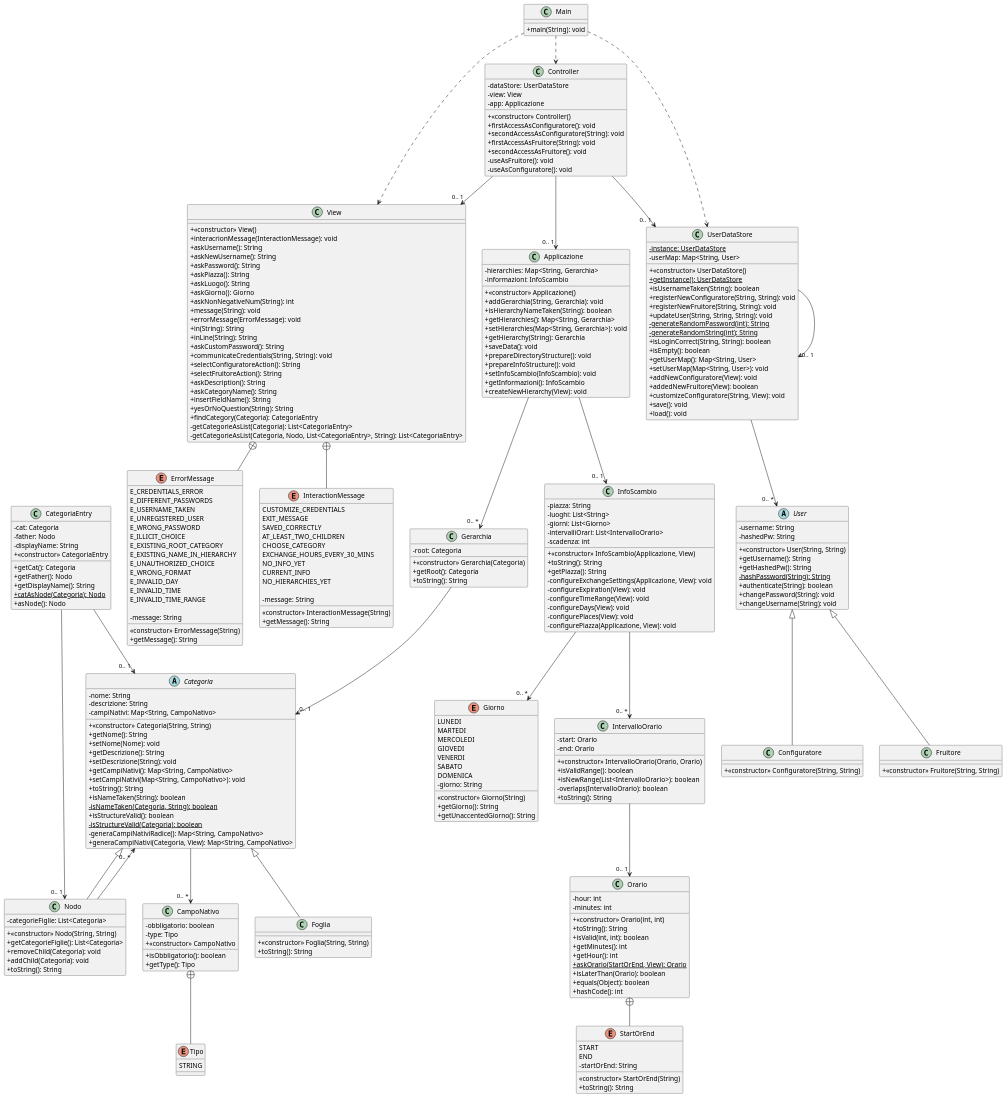
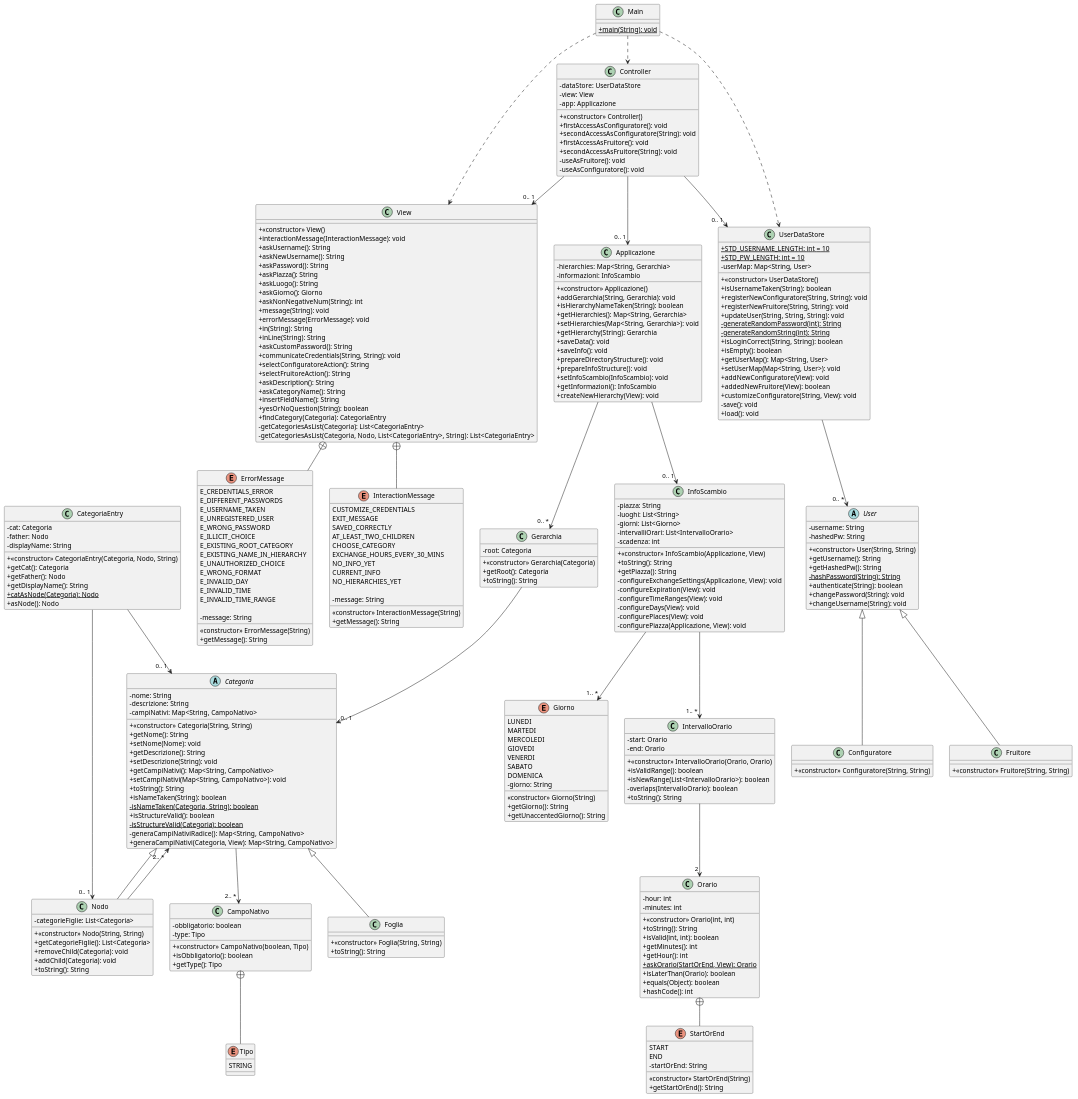
One commit to eletoo/inge_del_software changed the diagram in doc/uml/version2/puml/Partial class diagram-Version2.0.puml. Above: the diagram before and after it, drawn with PlantUML. The commit also changed 76 other files, not shown here.

```diff
--- a/doc/uml/version2/puml/Partial class diagram-Version2.0.puml
+++ b/doc/uml/version2/puml/Partial class diagram-Version2.0.puml
@@ -11,6 +11,7 @@
 + setHierarchies(Map<String, Gerarchia>): void
 + getHierarchy(String): Gerarchia
 + saveData(): void
++ saveInfo(): void
 + prepareDirectoryStructure(): void
 + prepareInfoStructure(): void
 + setInfoScambio(InfoScambio): void
@@ -21,7 +22,7 @@
 class CampoNativo{
 - obbligatorio: boolean
 - type: Tipo
-+ <<constructor>> CampoNativo
++ <<constructor>> CampoNativo(boolean, Tipo)
 + isObbligatorio(): boolean
 + getType(): Tipo
 }
@@ -82,7 +83,7 @@
 + getPiazza(): String
 - configureExchangeSettings(Applicazione, View): void
 - configureExpiration(View): void
-- configureTimeRange(View): void
+- configureTimeRanges(View): void
 - configureDays(View): void
 - configurePlaces(View): void
 - configurePiazza(Applicazione, View): void
@@ -122,7 +123,7 @@
 - cat: Categoria
 - father: Nodo
 - displayName: String
-+ <<constructor>> CategoriaEntry
++ <<constructor>> CategoriaEntry(Categoria, Nodo, String)
 + getCat(): Categoria
 + getFather(): Nodo
 + getDisplayName(): String
@@ -163,12 +164,12 @@
 END
 - startOrEnd: String
 <<constructor>> StartOrEnd(String)
-+ toString(): String
++ getStartOrEnd(): String
 }
 
 class View{
 + <<constructor>> View()
-+ interacrionMessage(InteractionMessage): void
++ interactionMessage(InteractionMessage): void
 + askUsername(): String
 + askNewUsername(): String
 + askPassword(): String
@@ -187,10 +188,10 @@
 + askDescription(): String
 + askCategoryName(): String
 + insertFieldName(): String
-+ yesOrNoQuestion(String): String
++ yesOrNoQuestion(String): boolean
 + findCategory(Categoria): CategoriaEntry
-- getCategorieAsList(Categoria): List<CategoriaEntry>
-- getCategorieAsList(Categoria, Nodo, List<CategoriaEntry>, String): List<CategoriaEntry>
+- getCategoriesAsList(Categoria): List<CategoriaEntry>
+- getCategoriesAsList(Categoria, Nodo, List<CategoriaEntry>, String): List<CategoriaEntry>
 }
 
 enum ErrorMessage{
@@ -230,10 +231,10 @@
 }
 
 class UserDataStore{
-- {static}instance: UserDataStore
++ {static}STD_USERNAME_LENGTH: int = 10
++ {static}STD_PW_LENGTH: int = 10
 - userMap: Map<String, User>
 + <<constructor>> UserDataStore()
-+ {static}getInstance(): UserDataStore
 + isUsernameTaken(String): boolean
 + registerNewConfiguratore(String, String): void
 + registerNewFruitore(String, String): void
@@ -247,7 +248,7 @@
 + addNewConfiguratore(View): void
 + addedNewFruitore(View): boolean
 + customizeConfiguratore(String, View): void
-+ save(): void
+- save(): void
 + load(): void
 }
 
@@ -258,20 +259,21 @@
 + <<constructor>> Controller()
 + firstAccessAsConfiguratore(): void
 + secondAccessAsConfiguratore(String): void
-+ firstAccessAsFruitore(String): void
-+ secondAccessAsFruitore(): void
++ firstAccessAsFruitore(): void
++ secondAccessAsFruitore(String): void
 - useAsFruitore(): void
 - useAsConfiguratore(): void
 }
 
 class Main{
-+ main(String): void
++ {static}main(String): void
 }
 
 CampoNativo +-- Tipo
 View +-- InteractionMessage
 View +-- ErrorMessage
 Orario +-- StartOrEnd
+
 Main ..> View
 Main ..> Controller
 Main ..> UserDataStore
@@ -279,21 +281,19 @@
 Controller --> "0.. 1 " UserDataStore
 Controller --> "0.. 1 " View
 Controller --> "0.. 1 " Applicazione
-UserDataStore --> "0.. 1 " UserDataStore
 CategoriaEntry --> "0.. 1 " Categoria
 CategoriaEntry --> "0.. 1 " Nodo
-Categoria --> "0.. * " CampoNativo
+Categoria --> "2.. * " CampoNativo
 Gerarchia --> "0.. 1 " Categoria
 Applicazione --> "0.. * " Gerarchia
-IntervalloOrario --> "0.. 1 " Orario
-Nodo --> "0.. * " Categoria
-InfoScambio --> "0.. * " Giorno
+IntervalloOrario --> "2 " Orario
+Nodo --> "2.. * " Categoria
+InfoScambio --> "1.. * " Giorno
 Applicazione --> "0.. 1 " InfoScambio
-InfoScambio --> "0.. * " IntervalloOrario
+InfoScambio --> "1.. * " IntervalloOrario
 Categoria <|-- Nodo
 Categoria <|-- Foglia
 User <|-- Configuratore
 User <|-- Fruitore
 
-
 @enduml
```
